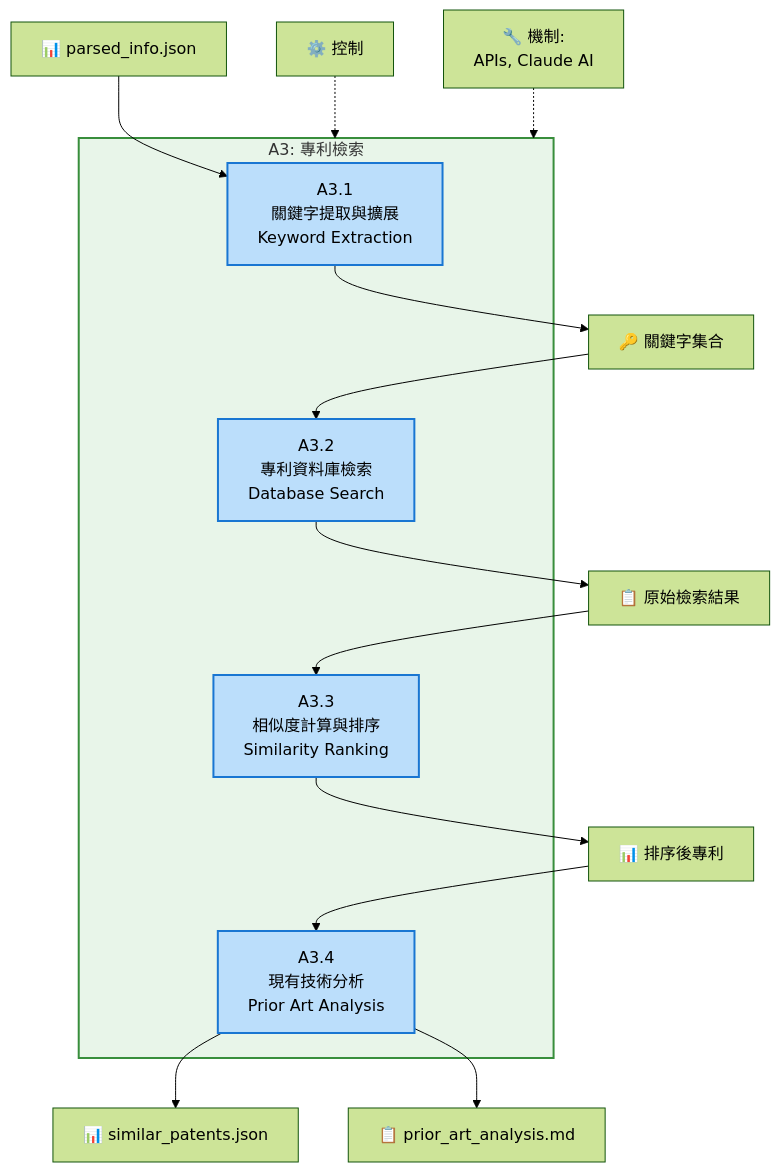
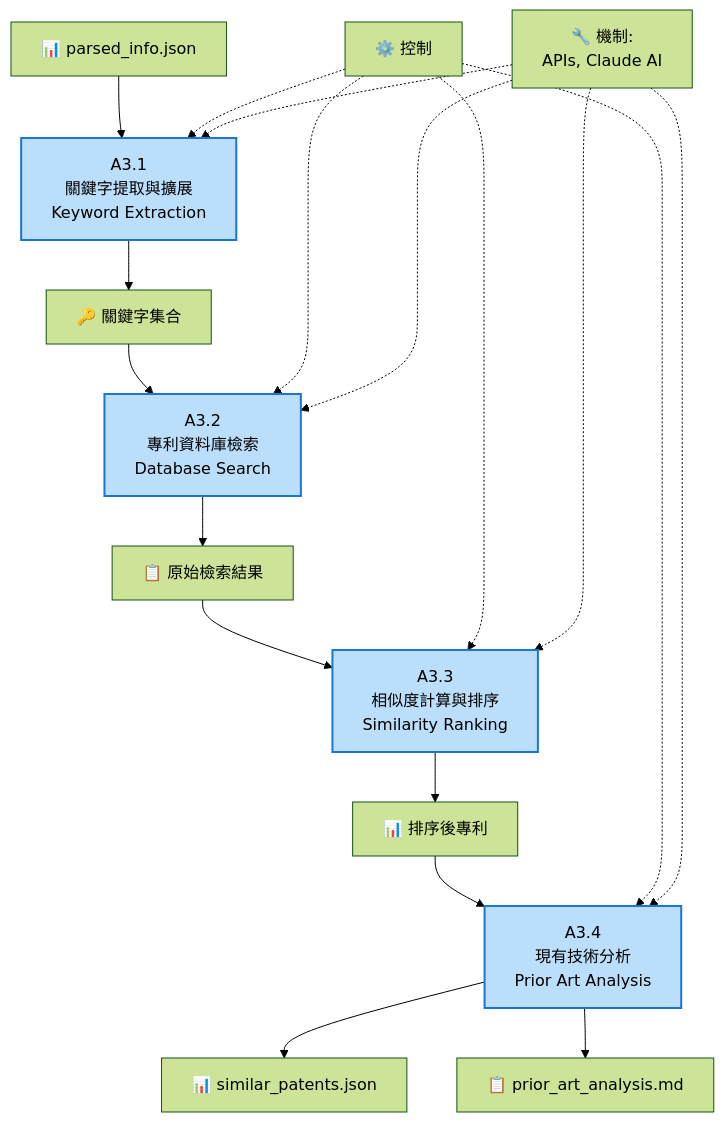
Before and after one commit to Raw1mage/PatentDrafter: the second of 3 diagrams in docs/A3_Patent_Search_IDEF0.md, drawn with Mermaid (forest theme). The commit also changed other lines of this file and 13 other files, not shown here.

First line of the commit message:
修復所有 Mermaid 圖表語法問題

````diff
--- a/docs/A3_Patent_Search_IDEF0.md
+++ b/docs/A3_Patent_Search_IDEF0.md
@@ -93,31 +84,35 @@
 ```mermaid
-graph TB
-    subgraph A3["A3: 專利檢索"]
-        A31["A3.1<br/>關鍵字提取與擴展<br/>Keyword Extraction"]
-        A32["A3.2<br/>專利資料庫檢索<br/>Database Search"]
-        A33["A3.3<br/>相似度計算與排序<br/>Similarity Ranking"]
-        A34["A3.4<br/>現有技術分析<br/>Prior Art Analysis"]
-    end
+flowchart TB
+    A31["A3.1<br/>關鍵字提取與擴展<br/>Keyword Extraction"]
+    A32["A3.2<br/>專利資料庫檢索<br/>Database Search"]
+    A33["A3.3<br/>相似度計算與排序<br/>Similarity Ranking"]
+    A34["A3.4<br/>現有技術分析<br/>Prior Art Analysis"]
 
     Input["📊 parsed_info.json"] --> A31
     A31 --> Keywords["🔑 關鍵字集合"]
 
     Keywords --> A32
     A32 --> RawResults["📋 原始檢索結果"]
 
     RawResults --> A33
     A33 --> Ranked["📊 排序後專利"]
 
     Ranked --> A34
     A34 --> Output1["📊 similar_patents.json"]
     A34 --> Output2["📋 prior_art_analysis.md"]
 
-    Control["⚙️ 控制"] -.-> A3
-    Mechanism["🔧 機制:<br/>APIs, Claude AI"] -.-> A3
+    Control["⚙️ 控制"] -.-> A31
+    Control -.-> A32
+    Control -.-> A33
+    Control -.-> A34
 
-    style A3 fill:#E8F5E9,stroke:#388E3C,stroke-width:2px
+    Mechanism["🔧 機制:<br/>APIs, Claude AI"] -.-> A31
+    Mechanism -.-> A32
+    Mechanism -.-> A33
+    Mechanism -.-> A34
+
     style A31 fill:#BBDEFB,stroke:#1976D2,stroke-width:2px
     style A32 fill:#BBDEFB,stroke:#1976D2,stroke-width:2px
     style A33 fill:#BBDEFB,stroke:#1976D2,stroke-width:2px
     style A34 fill:#BBDEFB,stroke:#1976D2,stroke-width:2px
 ```
````
